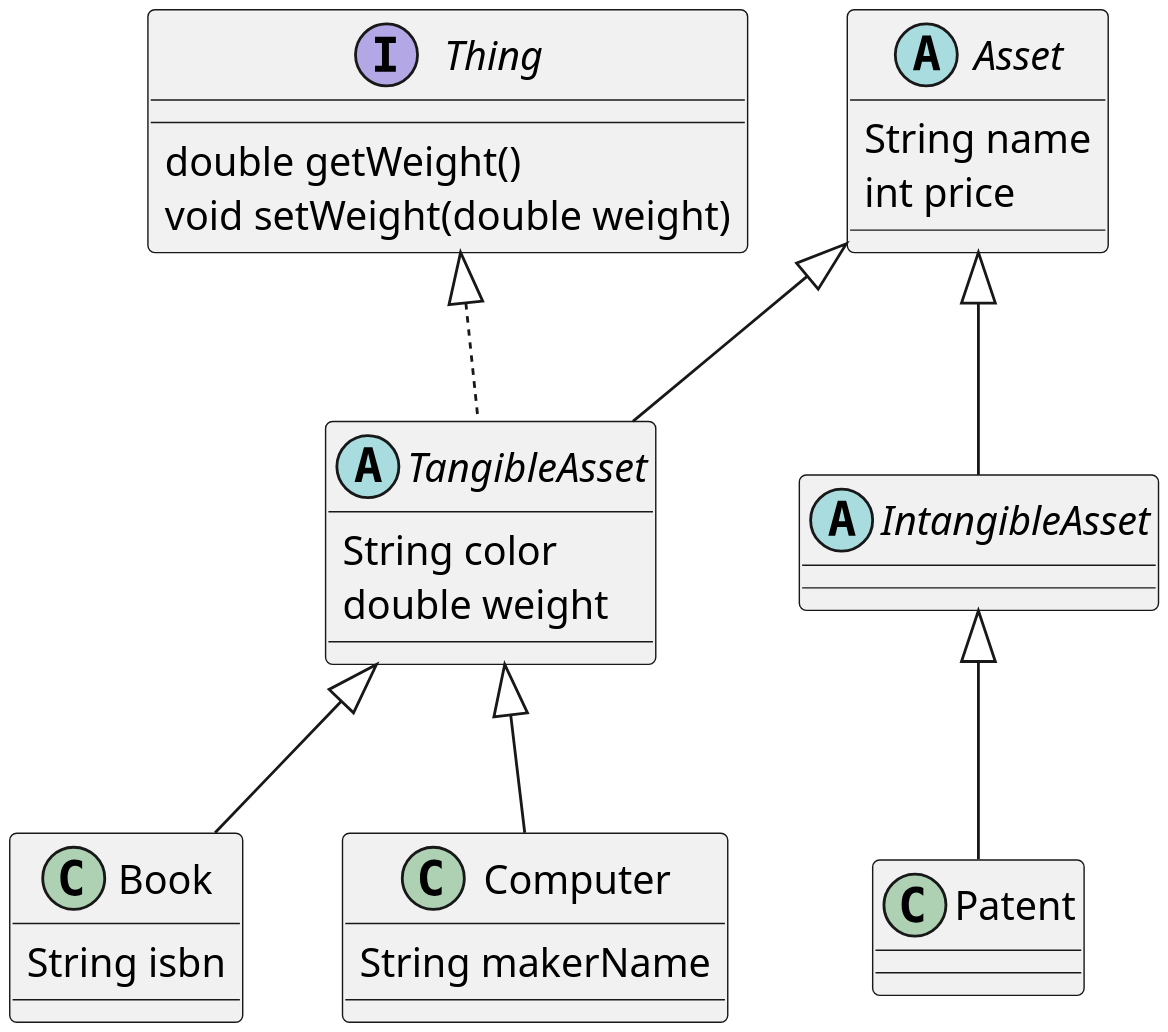
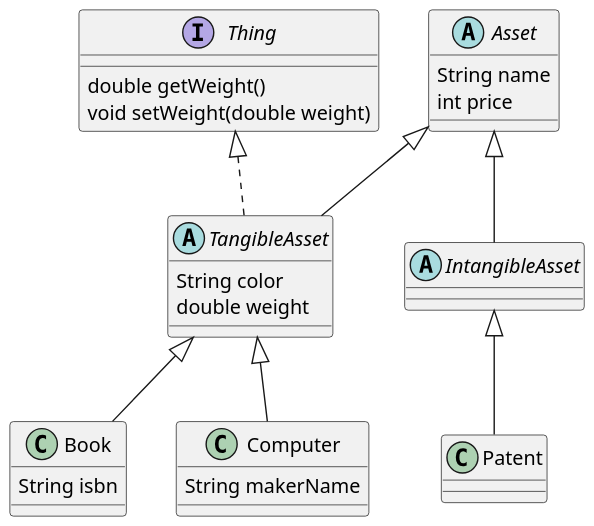
One commit to SurvivalCodingCampus/polytech_java_study changed the diagram in src/main/java/com/survivalcoding/asset/asset.puml. Above: the diagram before and after it, drawn with PlantUML. The commit also changed 4 other files, not shown here.

```diff
--- a/src/main/java/com/survivalcoding/asset/asset.puml
+++ b/src/main/java/com/survivalcoding/asset/asset.puml
@@ -1,31 +1,31 @@
 @startuml
-scale 3
+scale 1.5
 
 interface Thing {
     double getWeight()
     void setWeight(double weight)
 }
 
 abstract class Asset {
     String name
     int price
 }
 
 abstract class TangibleAsset extends Asset implements Thing {
     String color
     double weight
 }
 
 class Book extends TangibleAsset {
     String isbn
 }
 
 class Computer extends TangibleAsset {
     String makerName
 }
 
 class Patent extends IntangibleAsset
 
 abstract class IntangibleAsset extends Asset {
 }
 @enduml
```
